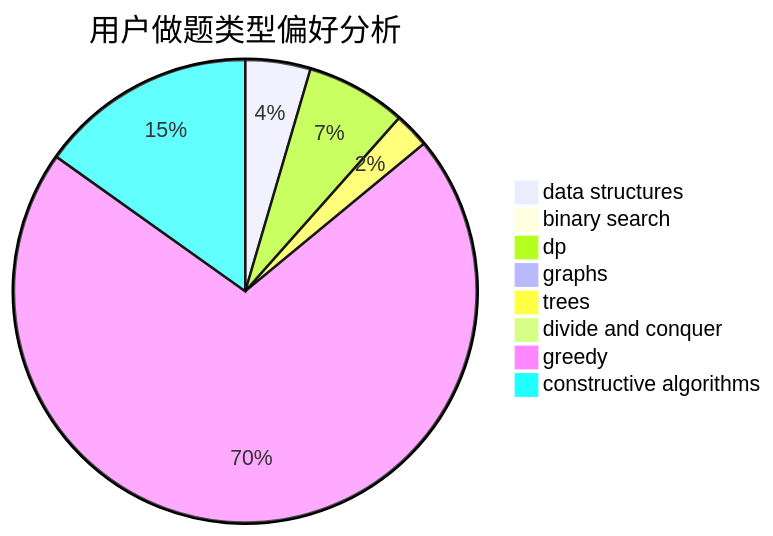
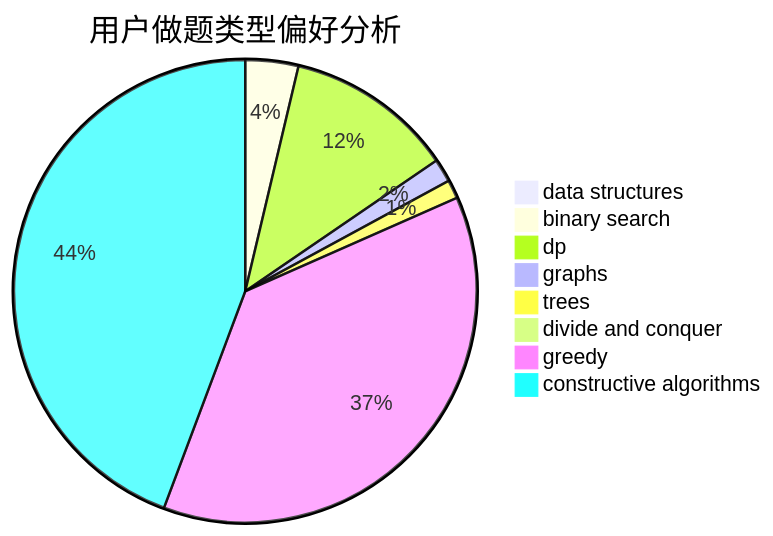
One commit to sherpahu/cfrs.github.io changed the second of 3 diagrams in docs/user/u2197.md. Above: the diagram before and after it, drawn with Mermaid. The commit also changed other lines of this file and 2770 other files, not shown here.

````diff
--- a/docs/user/u2197.md
+++ b/docs/user/u2197.md
@@ -23,11 +23,11 @@
 ```mermaid
 pie title 用户做题类型偏好分析
-    "data structures" :  24
-    "binary search" :  5
-    "dp" :  37
-    "graphs" :  2
-    "trees" :  13
+    "data structures" :  3
+    "binary search" :  34
+    "dp" :  108
+    "graphs" :  15
+    "trees" :  12
     "divide and conquer" :  0
-    "greedy" :  374
-    "constructive algorithms" :  80
+    "greedy" :  343
+    "constructive algorithms" :  407
 ```
````
